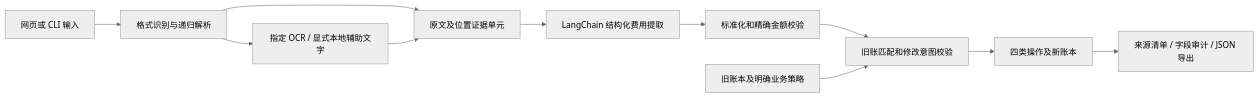
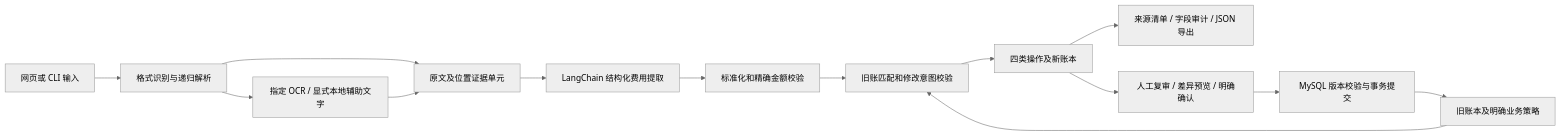
The diagram in docs/architecture.md (FanRich1/Check), drawn with Mermaid (neutral theme) before and after one commit. The commit also changed other lines of this file and 16 other files, not shown here.

````diff
--- a/docs/architecture.md
+++ b/docs/architecture.md
@@ -5,13 +5,16 @@
 ```mermaid
 flowchart LR
   U[网页或 CLI 输入] --> P[格式识别与递归解析]
   P --> O[指定 OCR / 显式本地辅助文字]
   P --> E[原文及位置证据单元]
   O --> E
   E --> L[LangChain 结构化费用提取]
   L --> N[标准化和精确金额校验]
   N --> M[旧账匹配和修改意图校验]
   S[旧账本及明确业务策略] --> M
   M --> R[四类操作及新账本]
   R --> A[来源清单 / 字段审计 / JSON 导出]
+  R --> H[人工复审 / 差异预览 / 明确确认]
+  H --> D[MySQL 版本校验与事务提交]
+  D --> S
 ```
````
